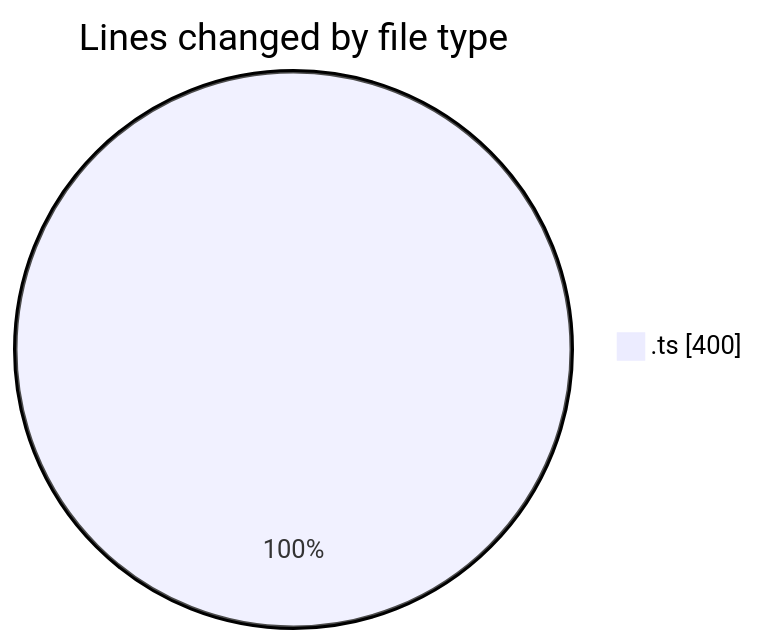
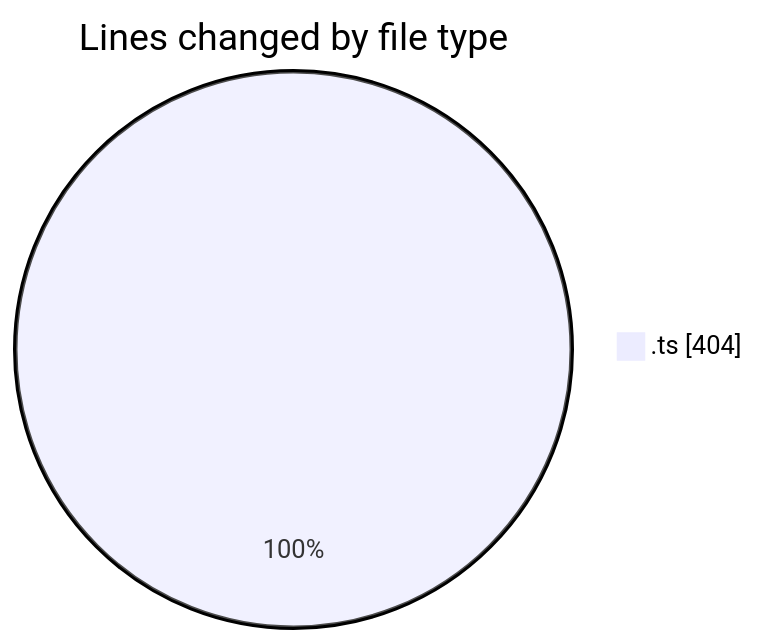
The first of 2 diagrams in 2025-08-01/cda/README.md (momahboobian/code-tracking), drawn with Mermaid before and after one commit. The commit also changed other lines of this file and 1 other file, not shown here.

````diff
--- a/2025-08-01/cda/README.md
+++ b/2025-08-01/cda/README.md
@@ -20,5 +20,5 @@
 ```mermaid
 pie showData
 title Lines changed by file type
-".ts" : 400
+".ts" : 404
 ```
````
